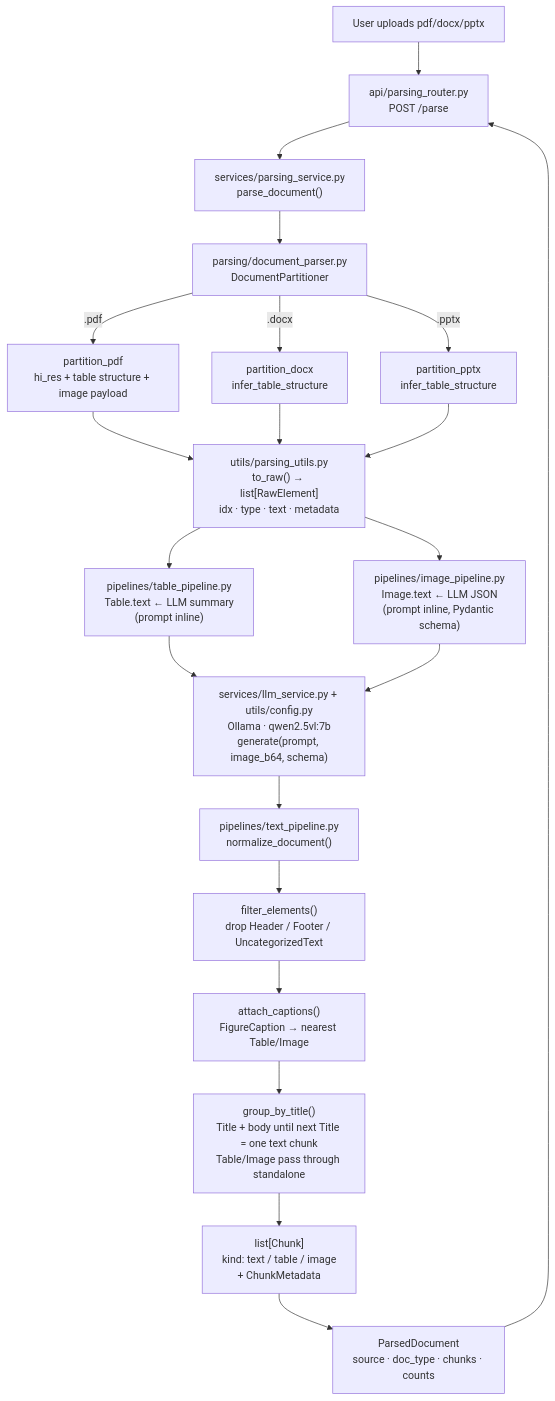
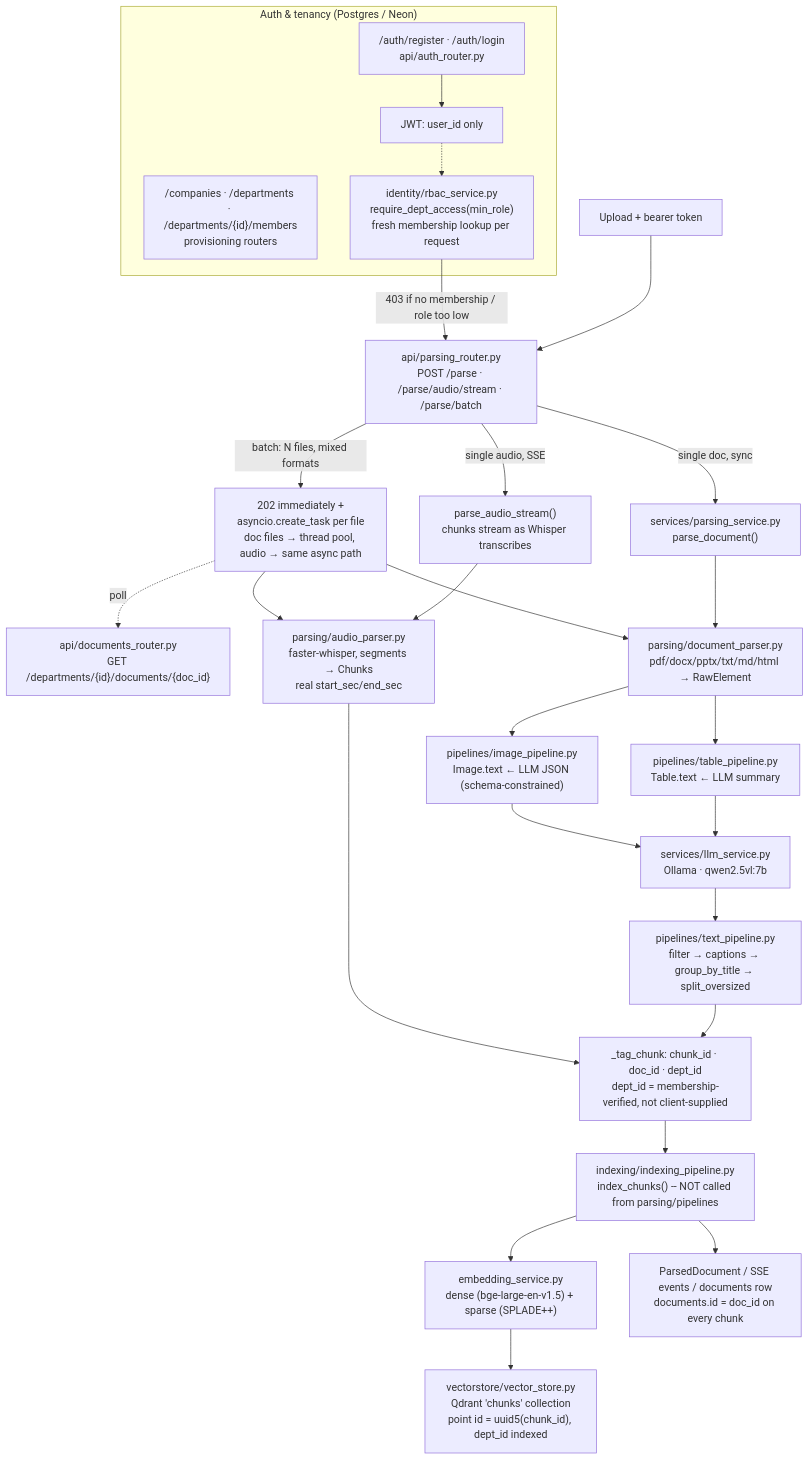
The diagram in src/backend/README.md (shivansh-2003/Document_Intelligence), drawn with Mermaid before and after one commit. The commit also changed other lines of this file and 21 other files, not shown here.

Commit message:
vector database pipeline completed

````diff
--- a/src/backend/README.md
+++ b/src/backend/README.md
@@ -7,30 +25,34 @@
 ```mermaid
 flowchart TD
-    U[User uploads pdf/docx/pptx] --> R["api/parsing_router.py<br/>POST /parse"]
-    R --> S["services/parsing_service.py<br/>parse_document()"]
+    subgraph AUTH["Auth & tenancy (Postgres / Neon)"]
+        AR["/auth/register · /auth/login<br/>api/auth_router.py"] --> JWTs[JWT: user_id only]
+        CR["/companies · /departments · /departments/{id}/members<br/>provisioning routers"]
+        RBAC["identity/rbac_service.py<br/>require_dept_access(min_role)<br/>fresh membership lookup per request"]
+    end
 
-    S --> P["parsing/document_parser.py<br/>DocumentPartitioner"]
-    P -->|.pdf| PP["partition_pdf<br/>hi_res + table structure + image payload"]
-    P -->|.docx| PD["partition_docx<br/>infer_table_structure"]
-    P -->|.pptx| PX["partition_pptx<br/>infer_table_structure"]
-    PP --> RE
-    PD --> RE
-    PX --> RE
+    U[Upload + bearer token] --> R["api/parsing_router.py<br/>POST /parse · /parse/audio/stream · /parse/batch"]
+    JWTs -.-> RBAC
+    RBAC -->|403 if no membership / role too low| R
 
-    RE["utils/parsing_utils.py<br/>to_raw() → list[RawElement]<br/>idx · type · text · metadata"]
+    R -->|single doc, sync| S["services/parsing_service.py<br/>parse_document()"]
+    R -->|single audio, SSE| AS["parse_audio_stream()<br/>chunks stream as Whisper transcribes"]
+    R -->|batch: N files, mixed formats| BQ["202 immediately +<br/>asyncio.create_task per file<br/>doc files → thread pool, audio → same async path"]
+    BQ -.->|poll| DR["api/documents_router.py<br/>GET /departments/{id}/documents/{doc_id}"]
 
-    RE --> TB["pipelines/table_pipeline.py<br/>Table.text ← LLM summary<br/>(prompt inline)"]
-    RE --> IM["pipelines/image_pipeline.py<br/>Image.text ← LLM JSON<br/>(prompt inline, Pydantic schema)"]
-    TB --> LLM
-    IM --> LLM
-    LLM["services/llm_service.py + utils/config.py<br/>Ollama · qwen2.5vl:7b<br/>generate(prompt, image_b64, schema)"]
+    S --> P["parsing/document_parser.py<br/>pdf/docx/pptx/txt/md/html → RawElement"]
+    AS --> W["parsing/audio_parser.py<br/>faster-whisper, segments → Chunks<br/>real start_sec/end_sec"]
+    BQ --> P
+    BQ --> W
 
-    LLM --> NORM["pipelines/text_pipeline.py<br/>normalize_document()"]
-    NORM --> F1["filter_elements()<br/>drop Header / Footer / UncategorizedText"]
-    F1 --> F2["attach_captions()<br/>FigureCaption → nearest Table/Image"]
-    F2 --> F3["group_by_title()<br/>Title + body until next Title = one text chunk<br/>Table/Image pass through standalone"]
-    F3 --> CH["list[Chunk]<br/>kind: text / table / image<br/>+ ChunkMetadata"]
+    P --> TB["pipelines/table_pipeline.py<br/>Table.text ← LLM summary"]
+    P --> IM["pipelines/image_pipeline.py<br/>Image.text ← LLM JSON (schema-constrained)"]
+    TB & IM --> LLM["services/llm_service.py<br/>Ollama · qwen2.5vl:7b"]
 
-    CH --> OUT["ParsedDocument<br/>source · doc_type · chunks · counts"]
-    OUT --> R
+    LLM --> NORM["pipelines/text_pipeline.py<br/>filter → captions → group_by_title → split_oversized"]
+    NORM --> TAG["_tag_chunk: chunk_id · doc_id · dept_id<br/>dept_id = membership-verified, not client-supplied"]
+    W --> TAG
+    TAG --> IDX["indexing/indexing_pipeline.py<br/>index_chunks() -- NOT called from parsing/pipelines"]
+    IDX --> EMB["embedding_service.py<br/>dense (bge-large-en-v1.5) + sparse (SPLADE++)"]
+    EMB --> VS["vectorstore/vector_store.py<br/>Qdrant 'chunks' collection<br/>point id = uuid5(chunk_id), dept_id indexed"]
+    IDX --> OUT["ParsedDocument / SSE events / documents row<br/>documents.id = doc_id on every chunk"]
 ```
````
